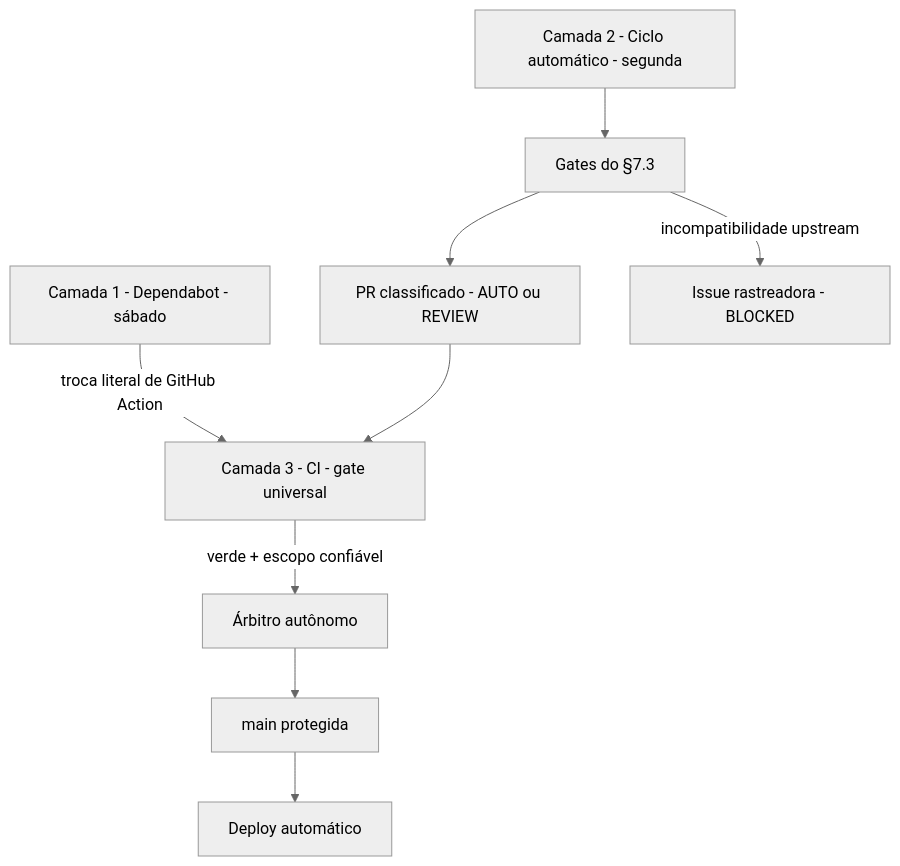
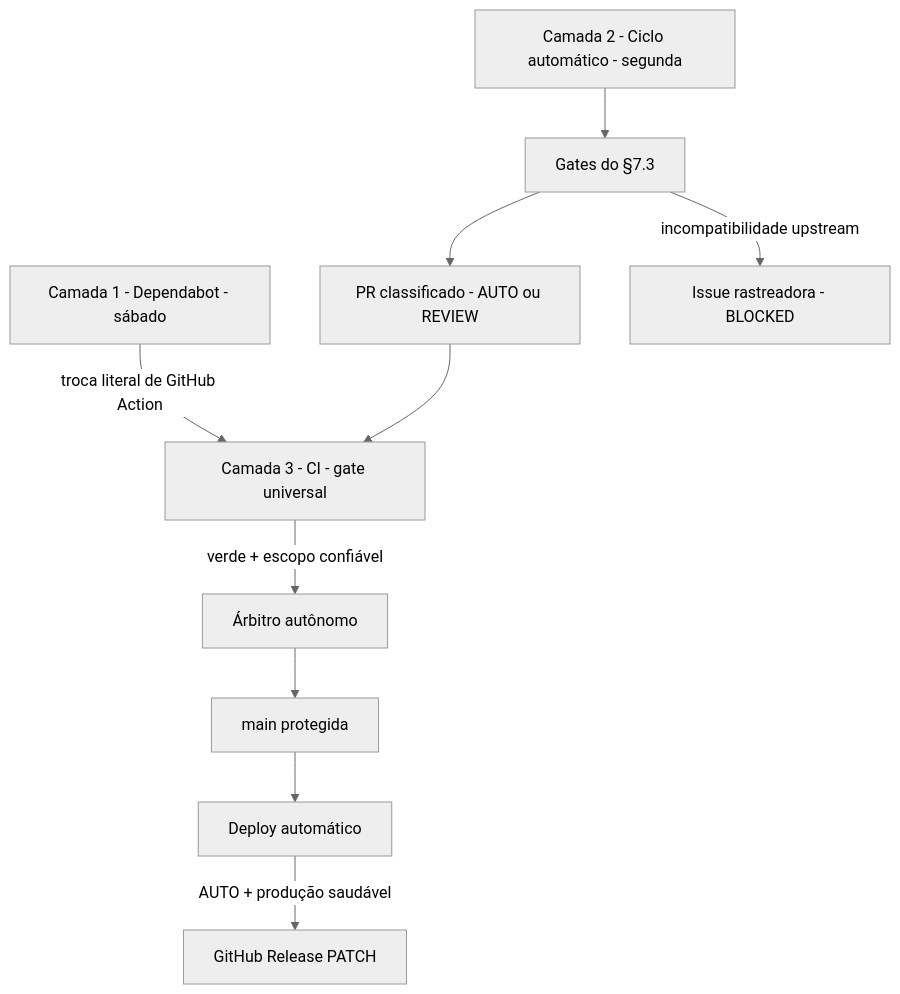
One commit to nandinhos/nando-lz changed the second of 2 diagrams in README.md. Above: the diagram before and after it, drawn with Mermaid (neutral theme). The commit also changed other lines of this file and 12 other files, not shown here.

Commit message:
feat: publica releases após produção saudável

````diff
--- a/README.md
+++ b/README.md
@@ -331,11 +331,12 @@
 ```mermaid
 flowchart TD
     DB[Camada 1 - Dependabot - sábado] -->|troca literal de GitHub Action| CI
     AG[Camada 2 - Ciclo automático - segunda] --> GT[Gates do §7.3]
     GT --> PR[PR classificado - AUTO ou REVIEW]
     GT -->|incompatibilidade upstream| ISS[Issue rastreadora - BLOCKED]
     PR --> CI[Camada 3 - CI - gate universal]
     CI -->|verde + escopo confiável| AM[Árbitro autônomo]
     AM --> MAIN[main protegida]
     MAIN --> DEPLOY[Deploy automático]
+    DEPLOY -->|AUTO + produção saudável| REL[GitHub Release PATCH]
 ```
````
